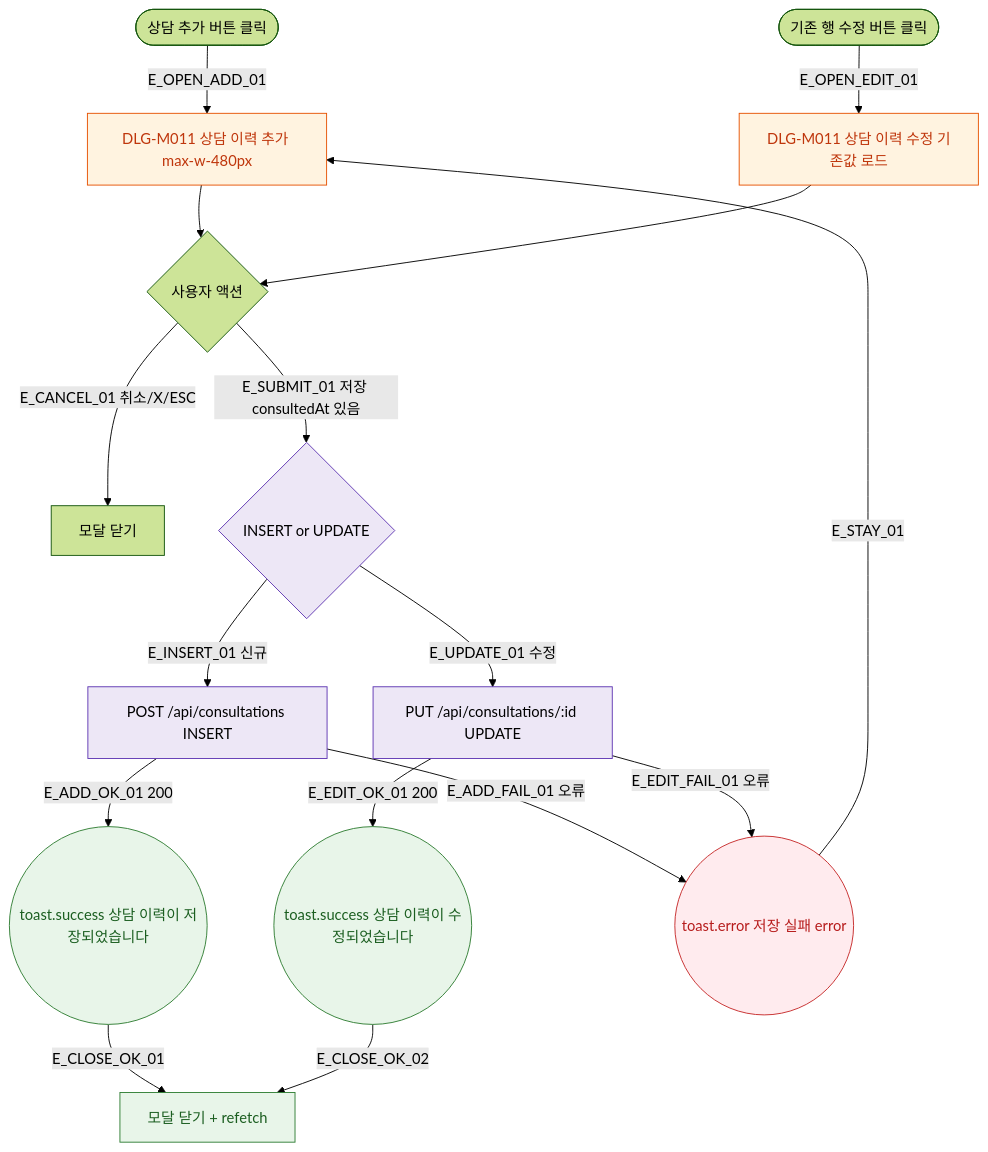
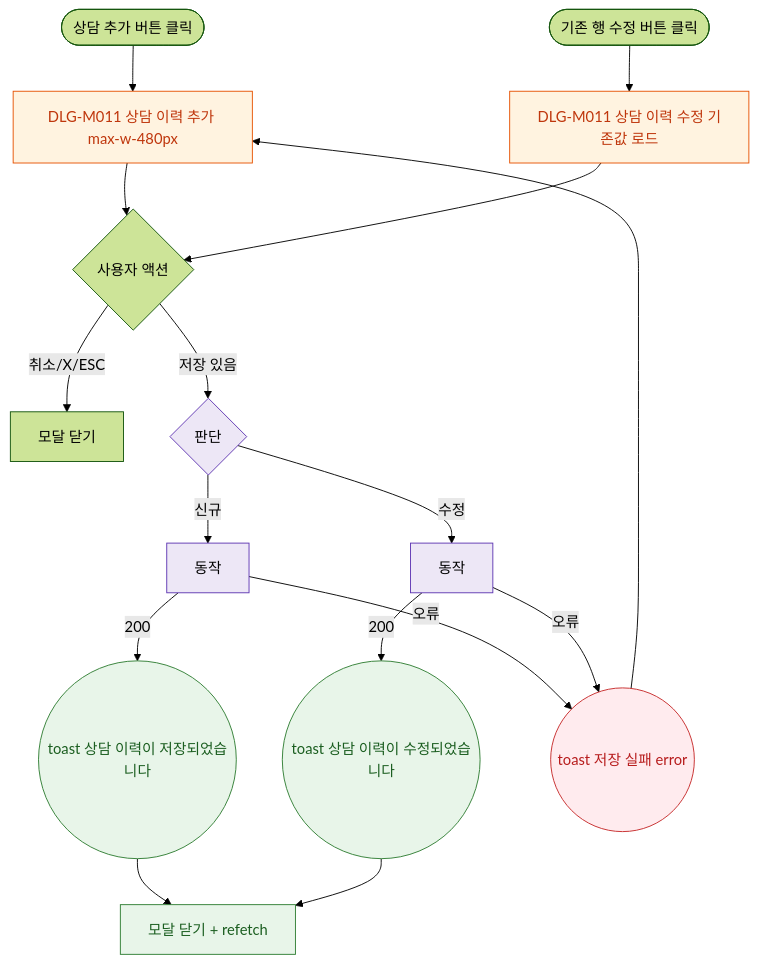
Before and after one commit to dev-spogym/admin-pando: the diagram in docs/다이어그램/D02_회원관리/DLG/DLG-M011_상담등록/M1_생명주기.md, drawn with Mermaid (forest theme). The commit also changed other lines of this file and 1660 other files, not shown here.

First line of the commit message:
다이어그램: 기획자/클라이언트 납품본으로 정리

````diff
--- a/docs/다이어그램/D02_회원관리/DLG/DLG-M011_상담등록/M1_생명주기.md
+++ b/docs/다이어그램/D02_회원관리/DLG/DLG-M011_상담등록/M1_생명주기.md
@@ -23,37 +21,37 @@
 ```mermaid
 flowchart TD
   TRIGGER_ADD([상담 추가 버튼 클릭])
   TRIGGER_EDIT([기존 행 수정 버튼 클릭])
 
-  TRIGGER_ADD  -->|E_OPEN_ADD_01| DLG_ADD[DLG-M011 상담 이력 추가 max-w-480px]
-  TRIGGER_EDIT -->|E_OPEN_EDIT_01| DLG_EDIT[DLG-M011 상담 이력 수정 기존값 로드]
+  TRIGGER_ADD --> DLG_ADD[DLG-M011 상담 이력 추가 max-w-480px]
+  TRIGGER_EDIT --> DLG_EDIT[DLG-M011 상담 이력 수정 기존값 로드]
 
-  DLG_ADD  --> USER_ACT{사용자 액션}
+  DLG_ADD --> USER_ACT{사용자 액션}
   DLG_EDIT --> USER_ACT
 
-  USER_ACT -->|E_CANCEL_01 취소/X/ESC| CLOSE[모달 닫기]
-  USER_ACT -->|E_SUBMIT_01 저장 consultedAt 있음| API_CALL{INSERT or UPDATE}
+  USER_ACT -->|취소/X/ESC|CLOSE[모달 닫기]
+  USER_ACT -->|저장 있음|API_CALL{판단}
 
-  API_CALL -->|E_INSERT_01 신규| API_INSERT[POST /api/consultations INSERT]
-  API_CALL -->|E_UPDATE_01 수정| API_UPDATE[PUT /api/consultations/:id UPDATE]
+  API_CALL -->|신규|API_INSERT[동작]
+  API_CALL -->|수정|API_UPDATE[동작]
 
-  API_INSERT -->|E_ADD_OK_01 200| TOAST_ADD_OK((toast.success 상담 이력이 저장되었습니다))
-  API_UPDATE -->|E_EDIT_OK_01 200| TOAST_EDIT_OK((toast.success 상담 이력이 수정되었습니다))
+  API_INSERT -->|200|TOAST_ADD_OK((toast 상담 이력이 저장되었습니다))
+  API_UPDATE -->|200|TOAST_EDIT_OK((toast 상담 이력이 수정되었습니다))
 
-  TOAST_ADD_OK  -->|E_CLOSE_OK_01| POST_OK[모달 닫기 + refetch]
-  TOAST_EDIT_OK -->|E_CLOSE_OK_02| POST_OK
+  TOAST_ADD_OK --> POST_OK[모달 닫기 + refetch]
+  TOAST_EDIT_OK --> POST_OK
 
-  API_INSERT -->|E_ADD_FAIL_01 오류| TOAST_ERR((toast.error 저장 실패 error))
-  API_UPDATE -->|E_EDIT_FAIL_01 오류| TOAST_ERR
-  TOAST_ERR  -->|E_STAY_01| DLG_ADD
+  API_INSERT -->|오류|TOAST_ERR((toast 저장 실패 error))
+  API_UPDATE -->|오류|TOAST_ERR
+  TOAST_ERR --> DLG_ADD
 
-  classDef modal   fill:#FFF3E0,stroke:#E65100,color:#BF360C
+  classDef modal fill:#FFF3E0,stroke:#E65100,color:#BF360C
   classDef success fill:#E8F5E9,stroke:#2E7D32,color:#1B5E20
-  classDef error   fill:#FFEBEE,stroke:#C62828,color:#B71C1C
-  classDef system  fill:#EDE7F6,stroke:#5E35B2
+  classDef error fill:#FFEBEE,stroke:#C62828,color:#B71C1C
+  classDef system fill:#EDE7F6,stroke:#5E35B2
 
   class DLG_ADD,DLG_EDIT modal
   class TOAST_ADD_OK,TOAST_EDIT_OK,POST_OK success
   class TOAST_ERR error
   class API_CALL,API_INSERT,API_UPDATE system
 ```
````
